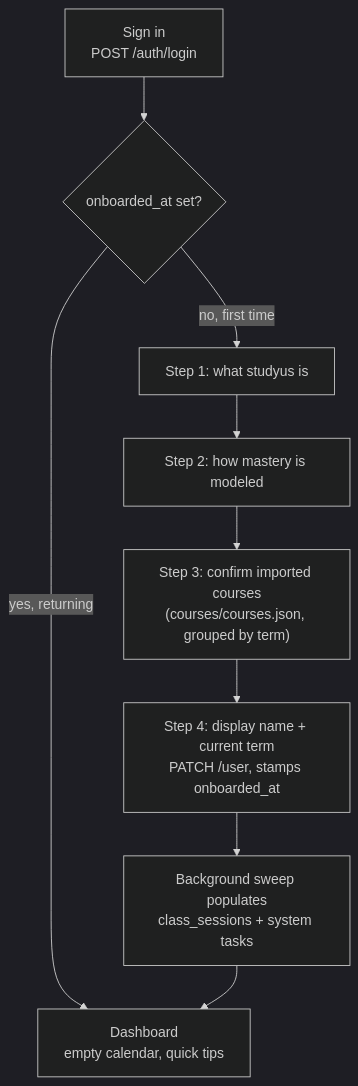
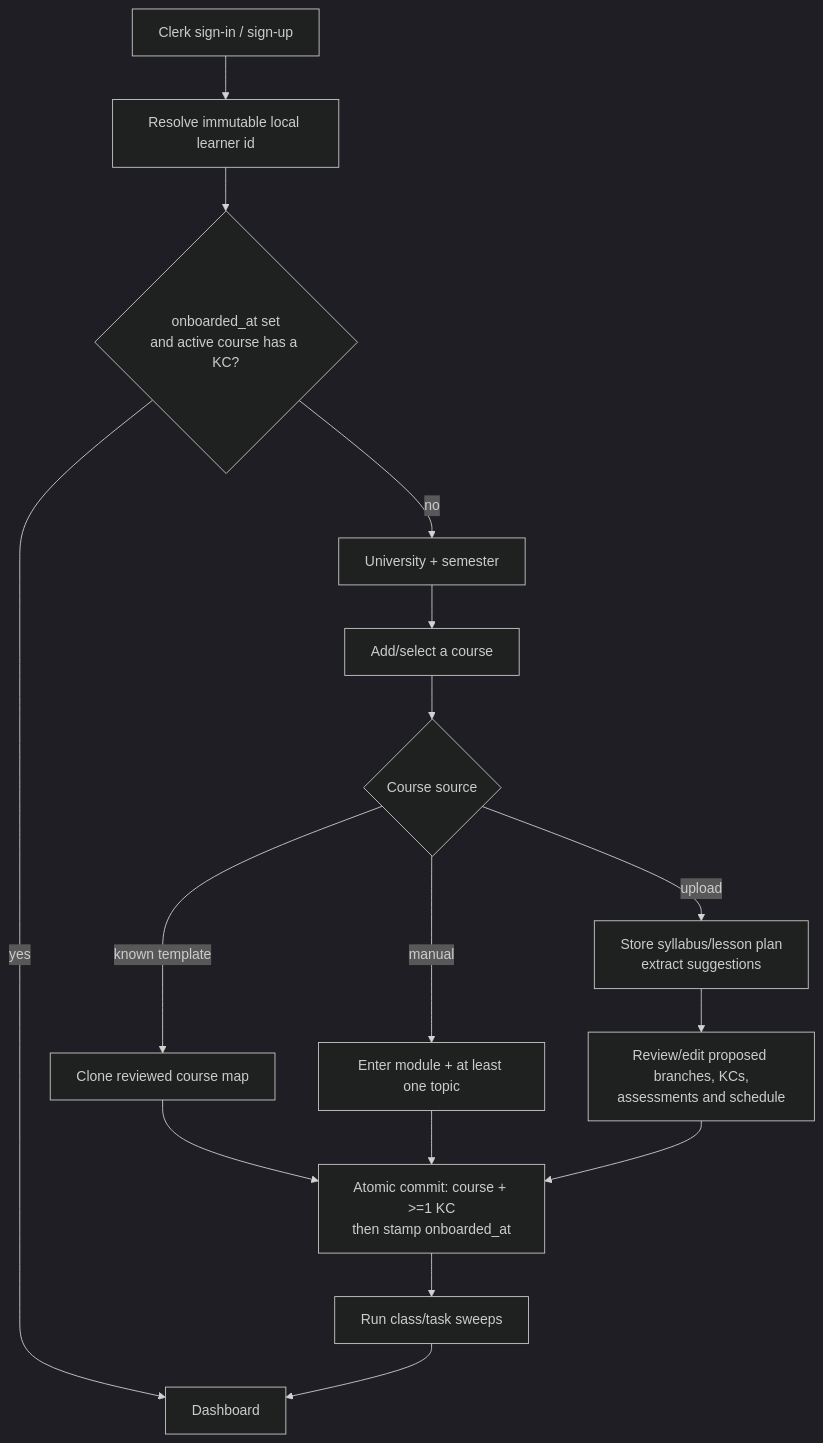
The second of 10 diagrams in docs/product/student-lifecycle.md (sdawka/studyus), drawn with Mermaid (dark theme) before and after one commit. The commit also changed other lines of this file and 101 other files, not shown here.

Commit message:
feat: launch onboarding trial and Clerk auth

````diff
--- a/docs/product/student-lifecycle.md
+++ b/docs/product/student-lifecycle.md
@@ -30,11 +30,18 @@
 ```mermaid
 flowchart TD
-    A["Sign in<br/>POST /auth/login"] --> B{"onboarded_at set?"}
-    B -->|"no, first time"| C["Step 1: what studyus is"]
-    B -->|"yes, returning"| H["Dashboard"]
-    C --> D["Step 2: how mastery is modeled"]
-    D --> E["Step 3: confirm imported courses<br/>(courses/courses.json, grouped by term)"]
-    E --> F["Step 4: display name + current term<br/>PATCH /user, stamps onboarded_at"]
-    F --> I["Background sweep populates<br/>class_sessions + system tasks"]
-    I --> H["Dashboard<br/>empty calendar, quick tips"]
+    A["Clerk sign-in / sign-up"] --> B["Resolve immutable local learner id"]
+    B --> C{"onboarded_at set<br/>and active course has a KC?"}
+    C -->|"yes"| H["Dashboard"]
+    C -->|"no"| D["University + semester"]
+    D --> E["Add/select a course"]
+    E --> F{"Course source"}
+    F -->|"known template"| G["Clone reviewed course map"]
+    F -->|"upload"| I["Store syllabus/lesson plan<br/>extract suggestions"]
+    F -->|"manual"| J["Enter module + at least one topic"]
+    I --> K["Review/edit proposed branches, KCs,<br/>assessments and schedule"]
+    G --> L["Atomic commit: course + >=1 KC<br/>then stamp onboarded_at"]
+    J --> L
+    K --> L
+    L --> M["Run class/task sweeps"]
+    M --> H
 ```
````
